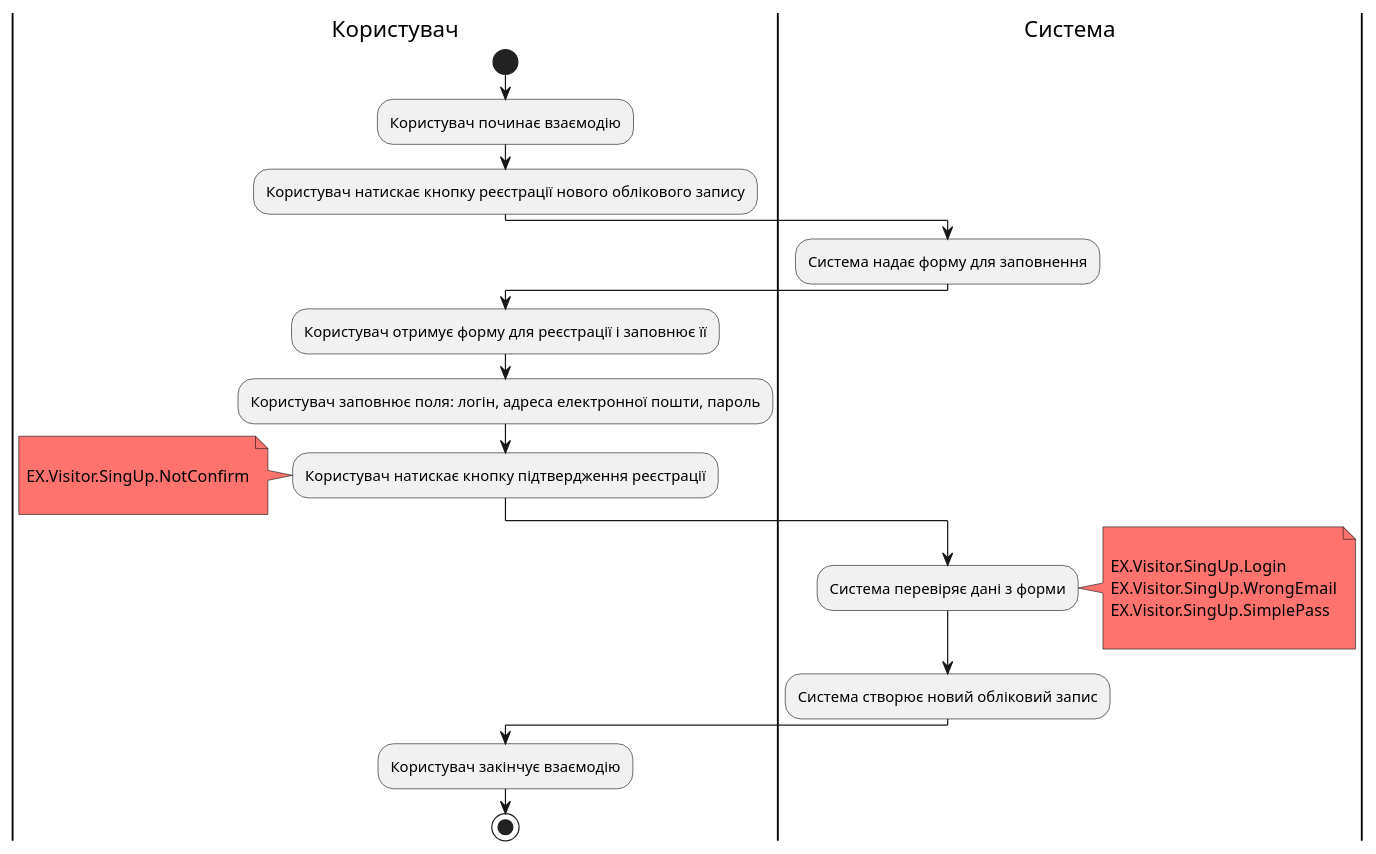
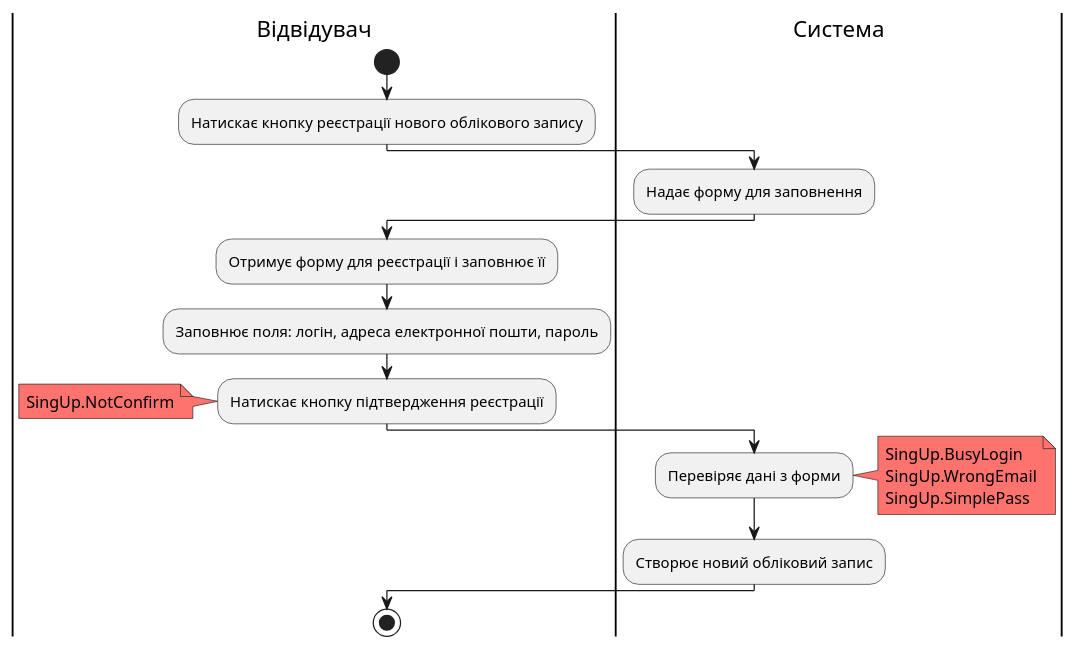
The fifth of 18 diagrams in docs/use cases/README.md (nonGratis/retarder-io-23-3), drawn with PlantUML before and after one commit. The commit also changed other lines of this file and 2 other files, not shown here.

````diff
--- a/docs/use cases/README.md
+++ b/docs/use cases/README.md
@@ -34,35 +126,27 @@
-```plantuml
 @startuml
-|Користувач|
+|Відвідувач|
     start
-    :Користувач починає взаємодію;
-    :Користувач натискає кнопку реєстрації нового облікового запису;
+    :Натискає кнопку реєстрації нового облікового запису;
 |Система|
-    :Система надає форму для заповнення;
-|Користувач|
-    :Користувач отримує форму для реєстрації і заповнює її;
-    :Користувач заповнює поля: логін, адреса електронної пошти, пароль;
-    :Користувач натискає кнопку підтвердження реєстрації;
+    :Надає форму для заповнення;
+|Відвідувач|
+    :Отримує форму для реєстрації і заповнює її;
+    :Заповнює поля: логін, адреса електронної пошти, пароль;
+    :Натискає кнопку підтвердження реєстрації;
         note left #FF736E
-
-        EX.Visitor.SingUp.NotConfirm
-        
+            SingUp.NotConfirm
         end note
 
 |Система|
-    :Система перевіряє дані з форми;
+    :Перевіряє дані з форми;
         note right #FF736E
-
-        EX.Visitor.SingUp.Login
-        EX.Visitor.SingUp.WrongEmail
-        EX.Visitor.SingUp.SimplePass
-        
+            SingUp.BusyLogin
+            SingUp.WrongEmail
+            SingUp.SimplePass
         end note
 
-    :Система створює новий обліковий запис;
+    :Створює новий обліковий запис;
 
-|Користувач|
-    :Користувач закінчує взаємодію;
+|Відвідувач|
     stop;
 @enduml
-```
````
